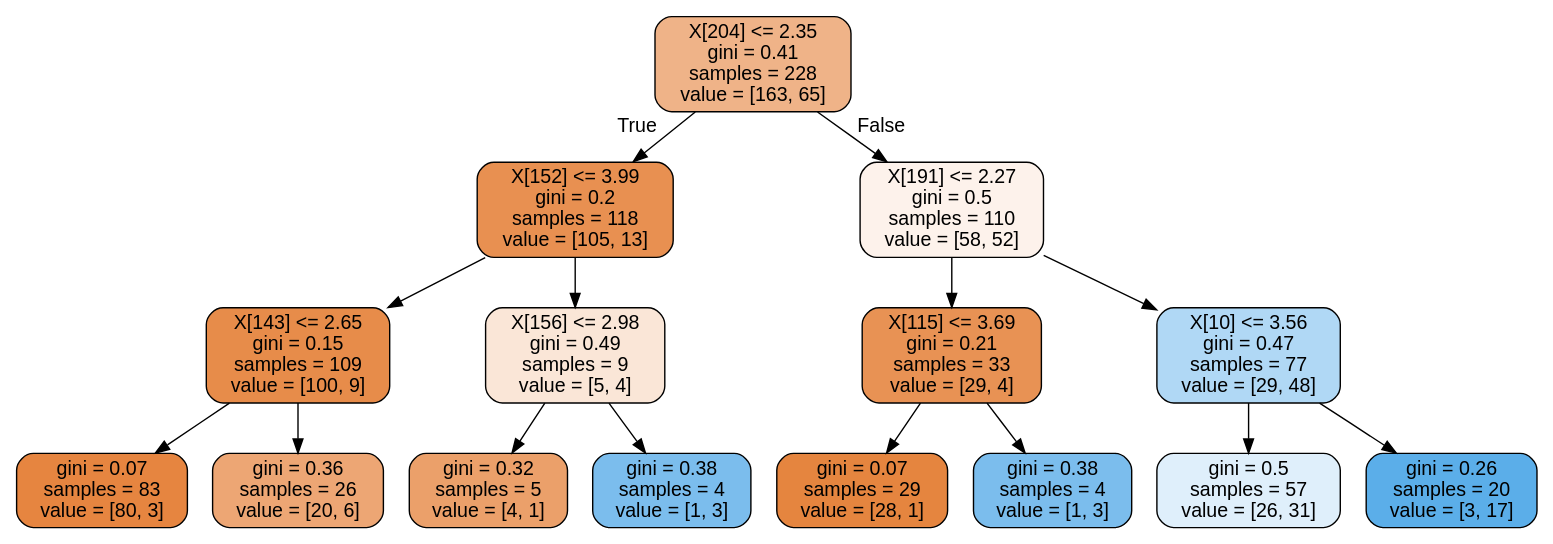
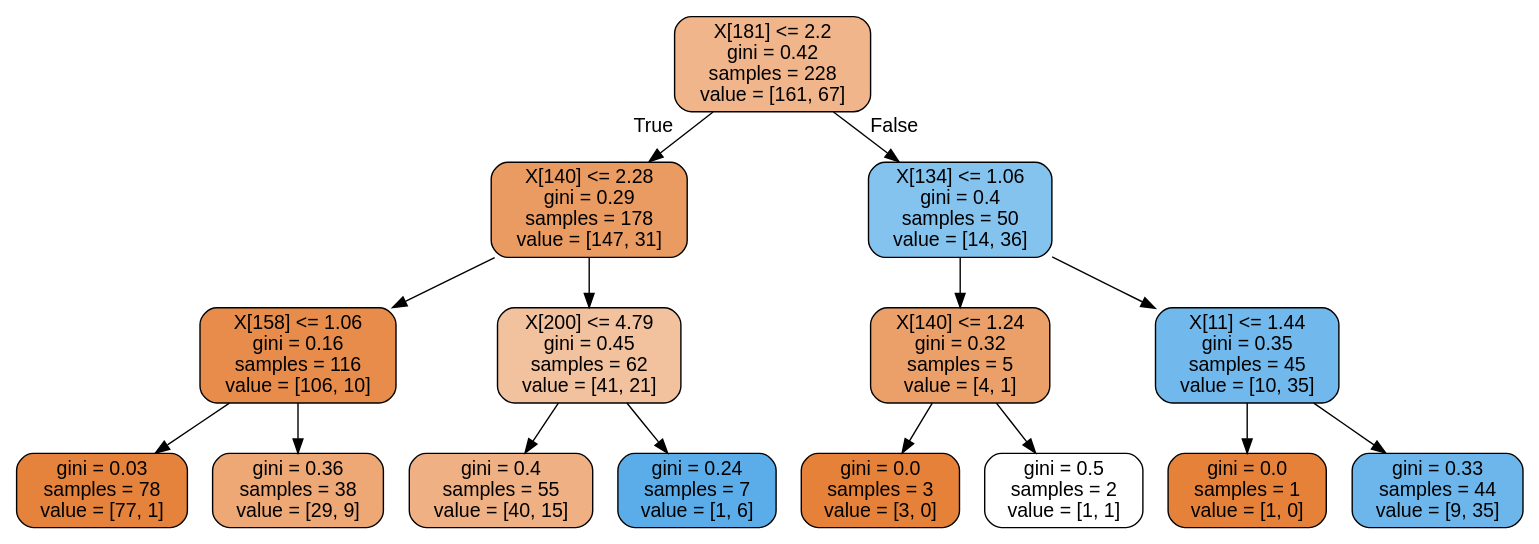
Before and after one commit to zeroknowledgediscovery/zcad: the diagram in model/tree.dot, drawn with Graphviz. The commit also changed 482 other files, not shown here.

```diff
--- a/model/tree.dot
+++ b/model/tree.dot
@@ -1,33 +1,33 @@
 digraph Tree {
 node [shape=box, style="filled, rounded", color="black", fontname=helvetica] ;
 edge [fontname=helvetica] ;
-0 [label="X[204] <= 2.35\ngini = 0.41\nsamples = 228\nvalue = [163, 65]", fillcolor="#e5813999"] ;
-1 [label="X[152] <= 3.99\ngini = 0.2\nsamples = 118\nvalue = [105, 13]", fillcolor="#e58139df"] ;
+0 [label="X[181] <= 2.2\ngini = 0.42\nsamples = 228\nvalue = [161, 67]", fillcolor="#e5813995"] ;
+1 [label="X[140] <= 2.28\ngini = 0.29\nsamples = 178\nvalue = [147, 31]", fillcolor="#e58139c9"] ;
 0 -> 1 [labeldistance=2.5, labelangle=45, headlabel="True"] ;
-2 [label="X[143] <= 2.65\ngini = 0.15\nsamples = 109\nvalue = [100, 9]", fillcolor="#e58139e8"] ;
+2 [label="X[158] <= 1.06\ngini = 0.16\nsamples = 116\nvalue = [106, 10]", fillcolor="#e58139e7"] ;
 1 -> 2 ;
-3 [label="gini = 0.07\nsamples = 83\nvalue = [80, 3]", fillcolor="#e58139f5"] ;
+3 [label="gini = 0.03\nsamples = 78\nvalue = [77, 1]", fillcolor="#e58139fc"] ;
 2 -> 3 ;
-4 [label="gini = 0.36\nsamples = 26\nvalue = [20, 6]", fillcolor="#e58139b3"] ;
+4 [label="gini = 0.36\nsamples = 38\nvalue = [29, 9]", fillcolor="#e58139b0"] ;
 2 -> 4 ;
-5 [label="X[156] <= 2.98\ngini = 0.49\nsamples = 9\nvalue = [5, 4]", fillcolor="#e5813933"] ;
+5 [label="X[200] <= 4.79\ngini = 0.45\nsamples = 62\nvalue = [41, 21]", fillcolor="#e581397c"] ;
 1 -> 5 ;
-6 [label="gini = 0.32\nsamples = 5\nvalue = [4, 1]", fillcolor="#e58139bf"] ;
+6 [label="gini = 0.4\nsamples = 55\nvalue = [40, 15]", fillcolor="#e581399f"] ;
 5 -> 6 ;
-7 [label="gini = 0.38\nsamples = 4\nvalue = [1, 3]", fillcolor="#399de5aa"] ;
+7 [label="gini = 0.24\nsamples = 7\nvalue = [1, 6]", fillcolor="#399de5d4"] ;
 5 -> 7 ;
-8 [label="X[191] <= 2.27\ngini = 0.5\nsamples = 110\nvalue = [58, 52]", fillcolor="#e581391a"] ;
+8 [label="X[134] <= 1.06\ngini = 0.4\nsamples = 50\nvalue = [14, 36]", fillcolor="#399de59c"] ;
 0 -> 8 [labeldistance=2.5, labelangle=-45, headlabel="False"] ;
-9 [label="X[115] <= 3.69\ngini = 0.21\nsamples = 33\nvalue = [29, 4]", fillcolor="#e58139dc"] ;
+9 [label="X[140] <= 1.24\ngini = 0.32\nsamples = 5\nvalue = [4, 1]", fillcolor="#e58139bf"] ;
 8 -> 9 ;
-10 [label="gini = 0.07\nsamples = 29\nvalue = [28, 1]", fillcolor="#e58139f6"] ;
+10 [label="gini = 0.0\nsamples = 3\nvalue = [3, 0]", fillcolor="#e58139ff"] ;
 9 -> 10 ;
-11 [label="gini = 0.38\nsamples = 4\nvalue = [1, 3]", fillcolor="#399de5aa"] ;
+11 [label="gini = 0.5\nsamples = 2\nvalue = [1, 1]", fillcolor="#e5813900"] ;
 9 -> 11 ;
-12 [label="X[10] <= 3.56\ngini = 0.47\nsamples = 77\nvalue = [29, 48]", fillcolor="#399de565"] ;
+12 [label="X[11] <= 1.44\ngini = 0.35\nsamples = 45\nvalue = [10, 35]", fillcolor="#399de5b6"] ;
 8 -> 12 ;
-13 [label="gini = 0.5\nsamples = 57\nvalue = [26, 31]", fillcolor="#399de529"] ;
+13 [label="gini = 0.0\nsamples = 1\nvalue = [1, 0]", fillcolor="#e58139ff"] ;
 12 -> 13 ;
-14 [label="gini = 0.26\nsamples = 20\nvalue = [3, 17]", fillcolor="#399de5d2"] ;
+14 [label="gini = 0.33\nsamples = 44\nvalue = [9, 35]", fillcolor="#399de5bd"] ;
 12 -> 14 ;
 }
```
